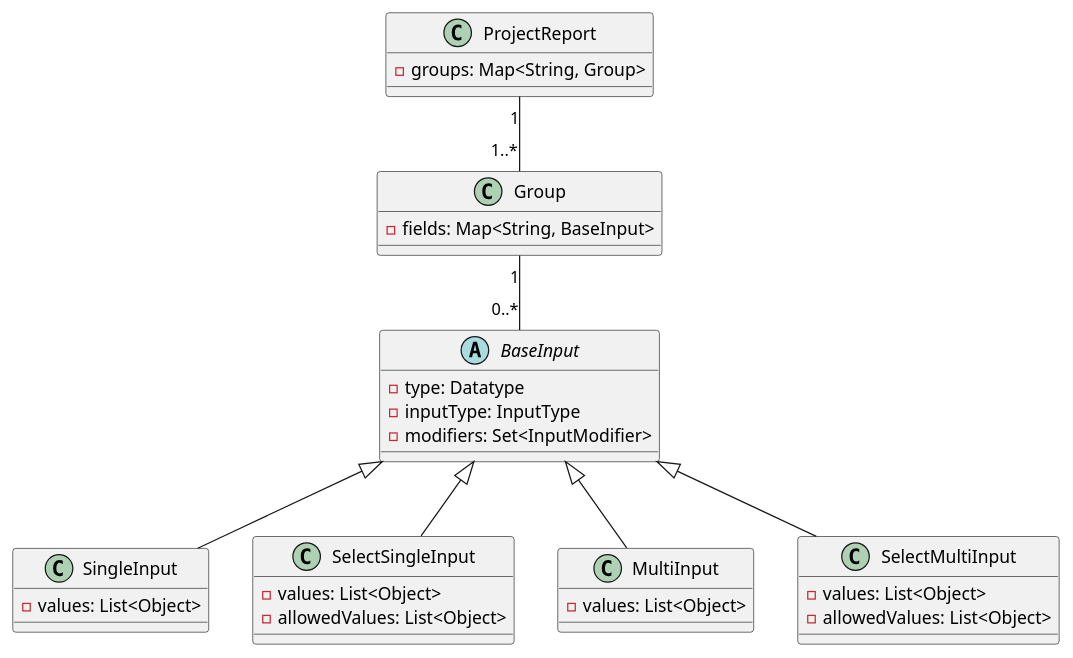
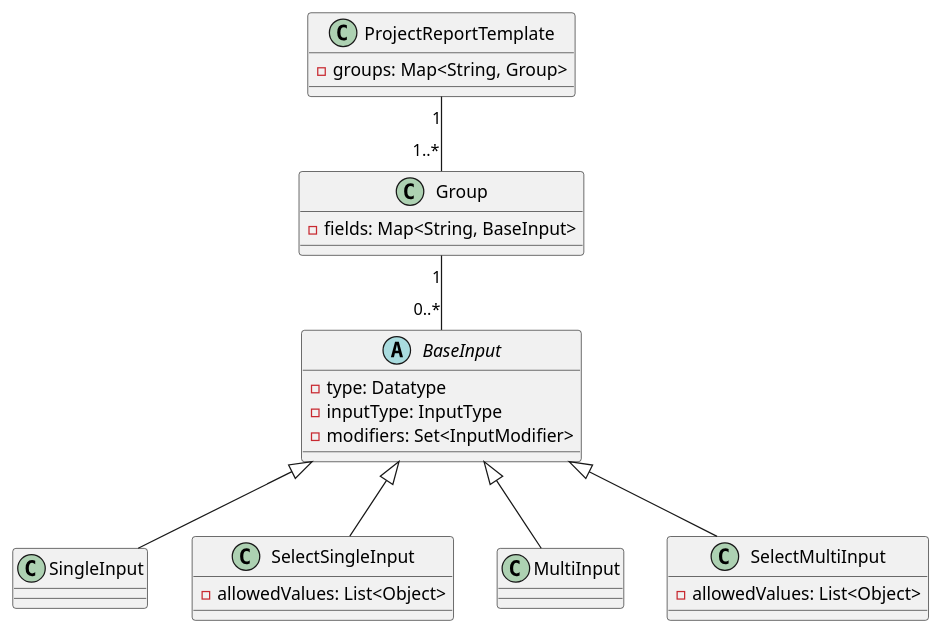
The diagram in documentation/backend/old_backend_datastructure.puml (informatik-heilbronn/transparenz-cockpit), drawn with PlantUML before and after one commit. The commit also changed 1 other file, not shown here.

Commit message:
PlantUML fix

```diff
--- a/documentation/backend/old_backend_datastructure.puml
+++ b/documentation/backend/old_backend_datastructure.puml
@@ -1,35 +1,31 @@
 @startuml Transparent_old_datastructure
-Class ProjectReport{
-- groups: Map<String, Group>     
+Class ProjectReportTemplate{
+- groups: Map<String, Group>
 }
 Class Group{
-- fields: Map<String, BaseInput>     
+- fields: Map<String, BaseInput>
 }
 abstract Class BaseInput{
-- type: Datatype     
+- type: Datatype
 - inputType: InputType
 - modifiers: Set<InputModifier>
 }
-Class SingleInput{  
-- values: List<Object>     
+Class SingleInput{
 }
 Class SelectSingleInput{
-- values: List<Object>  
 - allowedValues: List<Object>
 }
-Class MultiInput{ 
-- values: List<Object>       
+Class MultiInput{
 }
 Class SelectMultiInput{
-- values: List<Object>  
-- allowedValues: List<Object>     
+- allowedValues: List<Object>
 }
 
 BaseInput <|-- SingleInput
 BaseInput <|-- SelectSingleInput
 BaseInput <|-- MultiInput
 BaseInput <|-- SelectMultiInput
 
-ProjectReport "1" -- "1..*" Group
+ProjectReportTemplate "1" -- "1..*" Group
 Group "1" -- "0..*" BaseInput
 @enduml
```
